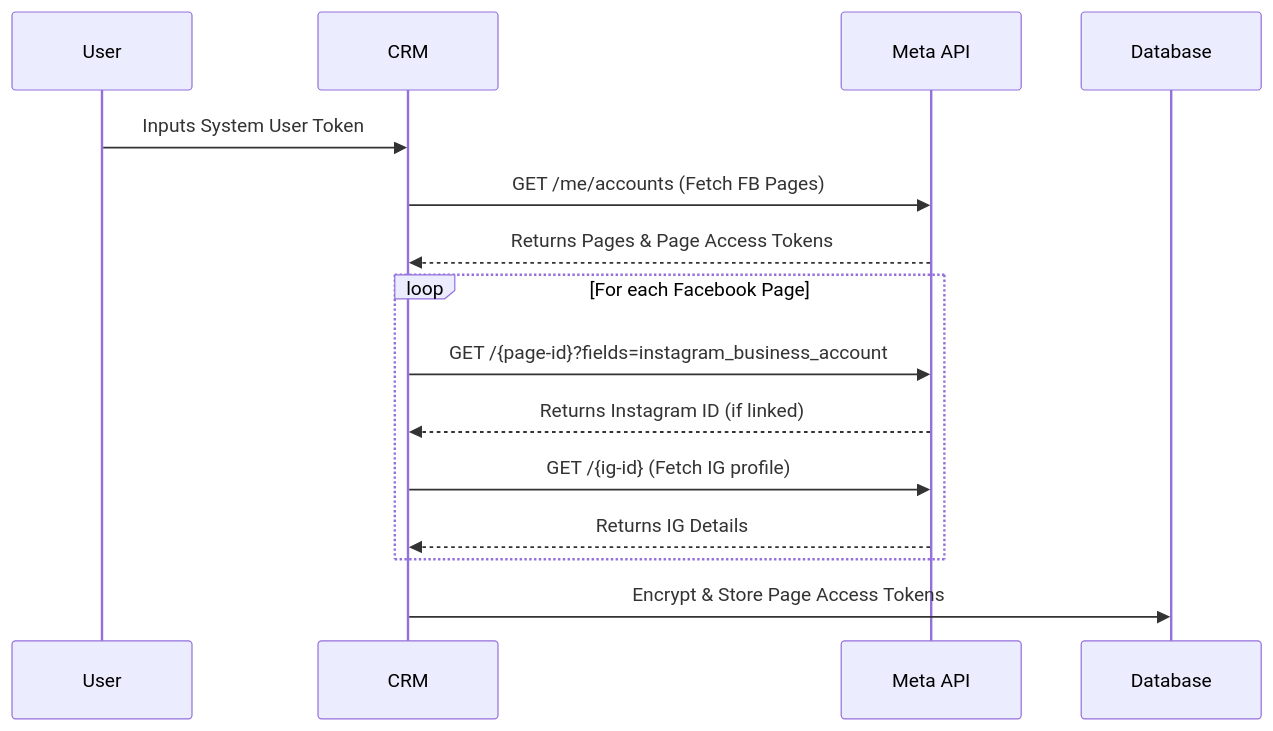
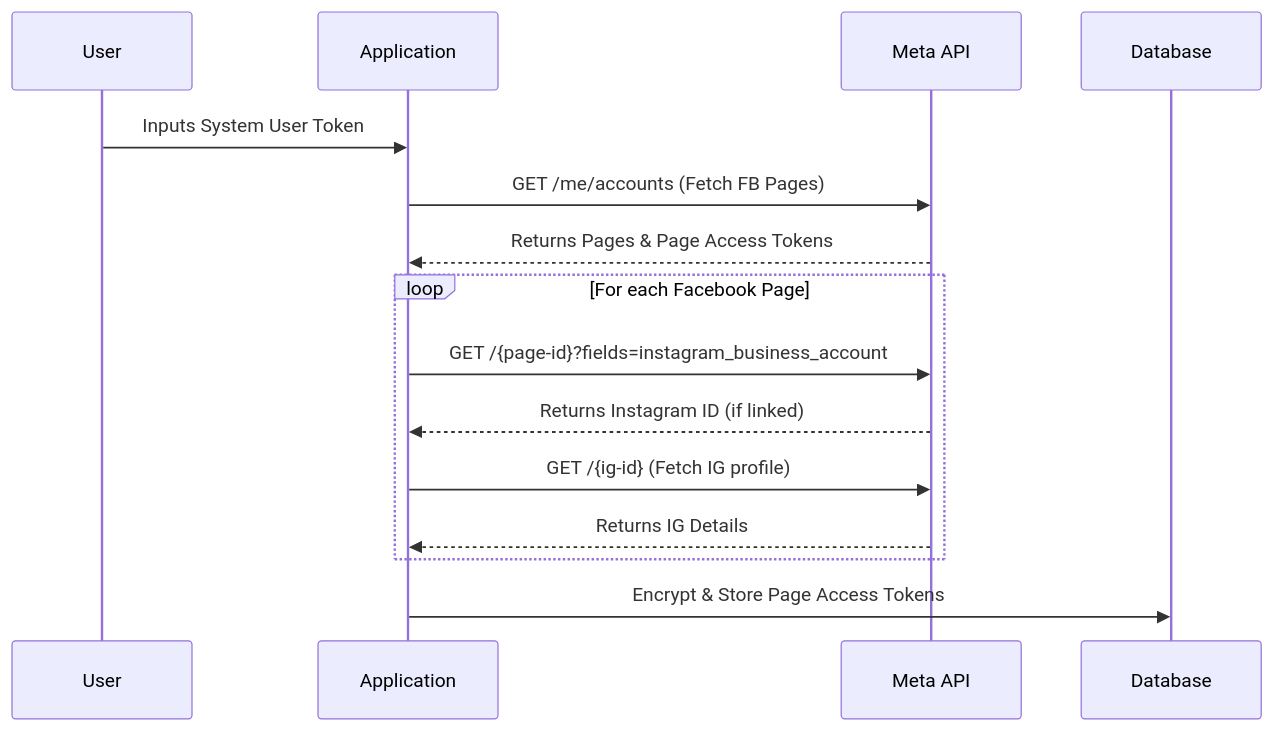
One commit to manishnlet77/laravel-meta changed the first of 2 diagrams in META_API_DOCUMENTATION.md. Above: the diagram before and after it, drawn with Mermaid. The commit also changed other lines of this file and 8 other files, not shown here.

Commit message:
feat: complete robust facebook and instagram publishing classes and remove CRM terminology

````diff
--- a/META_API_DOCUMENTATION.md
+++ b/META_API_DOCUMENTATION.md
@@ -42,17 +42,17 @@
 ```mermaid
 sequenceDiagram
     participant User
-    participant CRM
+    participant Application
     participant Meta API
 
-    User->>CRM: Inputs System User Token
-    CRM->>Meta API: GET /me/accounts (Fetch FB Pages)
-    Meta API-->>CRM: Returns Pages & Page Access Tokens
+    User->>Application: Inputs System User Token
+    Application->>Meta API: GET /me/accounts (Fetch FB Pages)
+    Meta API-->>Application: Returns Pages & Page Access Tokens
     loop For each Facebook Page
-        CRM->>Meta API: GET /{page-id}?fields=instagram_business_account
-        Meta API-->>CRM: Returns Instagram ID (if linked)
-        CRM->>Meta API: GET /{ig-id} (Fetch IG profile)
-        Meta API-->>CRM: Returns IG Details
+        Application->>Meta API: GET /{page-id}?fields=instagram_business_account
+        Meta API-->>Application: Returns Instagram ID (if linked)
+        Application->>Meta API: GET /{ig-id} (Fetch IG profile)
+        Meta API-->>Application: Returns IG Details
     end
-    CRM->>Database: Encrypt & Store Page Access Tokens
+    Application->>Database: Encrypt & Store Page Access Tokens
 ```
````
